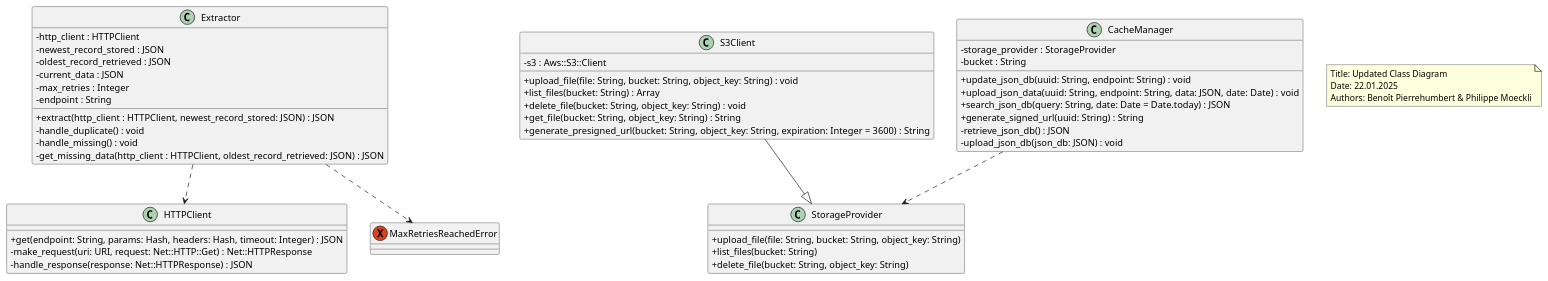
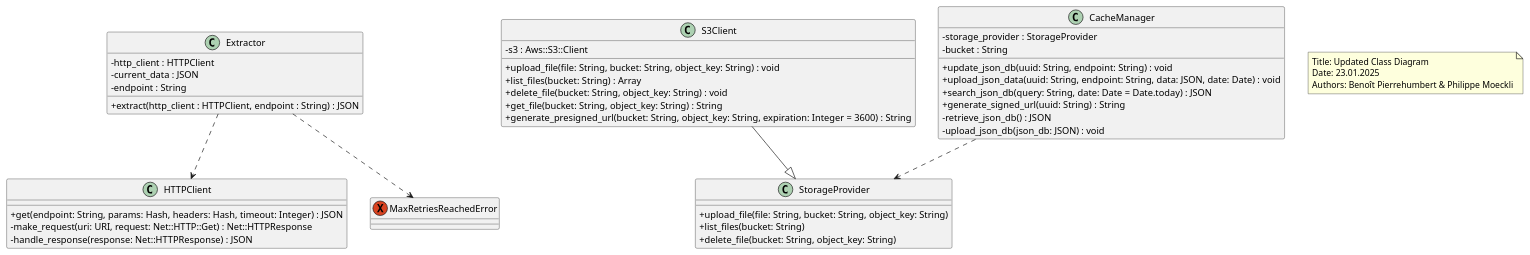
The diagram in docs/class_diagram.puml (CPNV-ES-BI1-SBB/EXTERNAL-SOURCE-EXTRACT), drawn with PlantUML before and after one commit. The commit also changed 2 other files, not shown here.

Commit message:
refactor: remove checks for extract

```diff
--- a/docs/class_diagram.puml
+++ b/docs/class_diagram.puml
@@ -1,64 +1,60 @@
 @startuml
 
 skinparam classAttributeIconSize 0
 
 class Extractor {
   - http_client : HTTPClient
-  - newest_record_stored : JSON
-  - oldest_record_retrieved : JSON
   - current_data : JSON
-  - max_retries : Integer
   - endpoint : String
-  + extract(http_client : HTTPClient, newest_record_stored: JSON) : JSON
-  - handle_duplicate() : void
-  - handle_missing() : void
-  - get_missing_data(http_client : HTTPClient, oldest_record_retrieved: JSON) : JSON
+  + extract(http_client : HTTPClient, endpoint : String) : JSON
+
+
 }
 
 class HTTPClient {
   + get(endpoint: String, params: Hash, headers: Hash, timeout: Integer) : JSON
   - make_request(uri: URI, request: Net::HTTP::Get) : Net::HTTPResponse
   - handle_response(response: Net::HTTPResponse) : JSON
 }
 
 class S3Client {
   - s3 : Aws::S3::Client
   + upload_file(file: String, bucket: String, object_key: String) : void
   + list_files(bucket: String) : Array
   + delete_file(bucket: String, object_key: String) : void
   + get_file(bucket: String, object_key: String) : String
   + generate_presigned_url(bucket: String, object_key: String, expiration: Integer = 3600) : String
 }
 
 class StorageProvider {
   + upload_file(file: String, bucket: String, object_key: String)
   + list_files(bucket: String)
   + delete_file(bucket: String, object_key: String)
 }
 
 class CacheManager {
   - storage_provider : StorageProvider
   - bucket : String
   + update_json_db(uuid: String, endpoint: String) : void
   + upload_json_data(uuid: String, endpoint: String, data: JSON, date: Date) : void
   + search_json_db(query: String, date: Date = Date.today) : JSON
   + generate_signed_url(uuid: String) : String
   - retrieve_json_db() : JSON
   - upload_json_db(json_db: JSON) : void
 }
 
 Exception MaxRetriesReachedError {}
 
 Extractor ..> HTTPClient
 Extractor ..> MaxRetriesReachedError
 
 S3Client --|> StorageProvider
 CacheManager ..> StorageProvider
 
 note as N1
   Title: Updated Class Diagram
-  Date: 22.01.2025
+  Date: 23.01.2025
   Authors: Benoît Pierrehumbert & Philippe Moeckli
 end note
 
 @enduml
```
